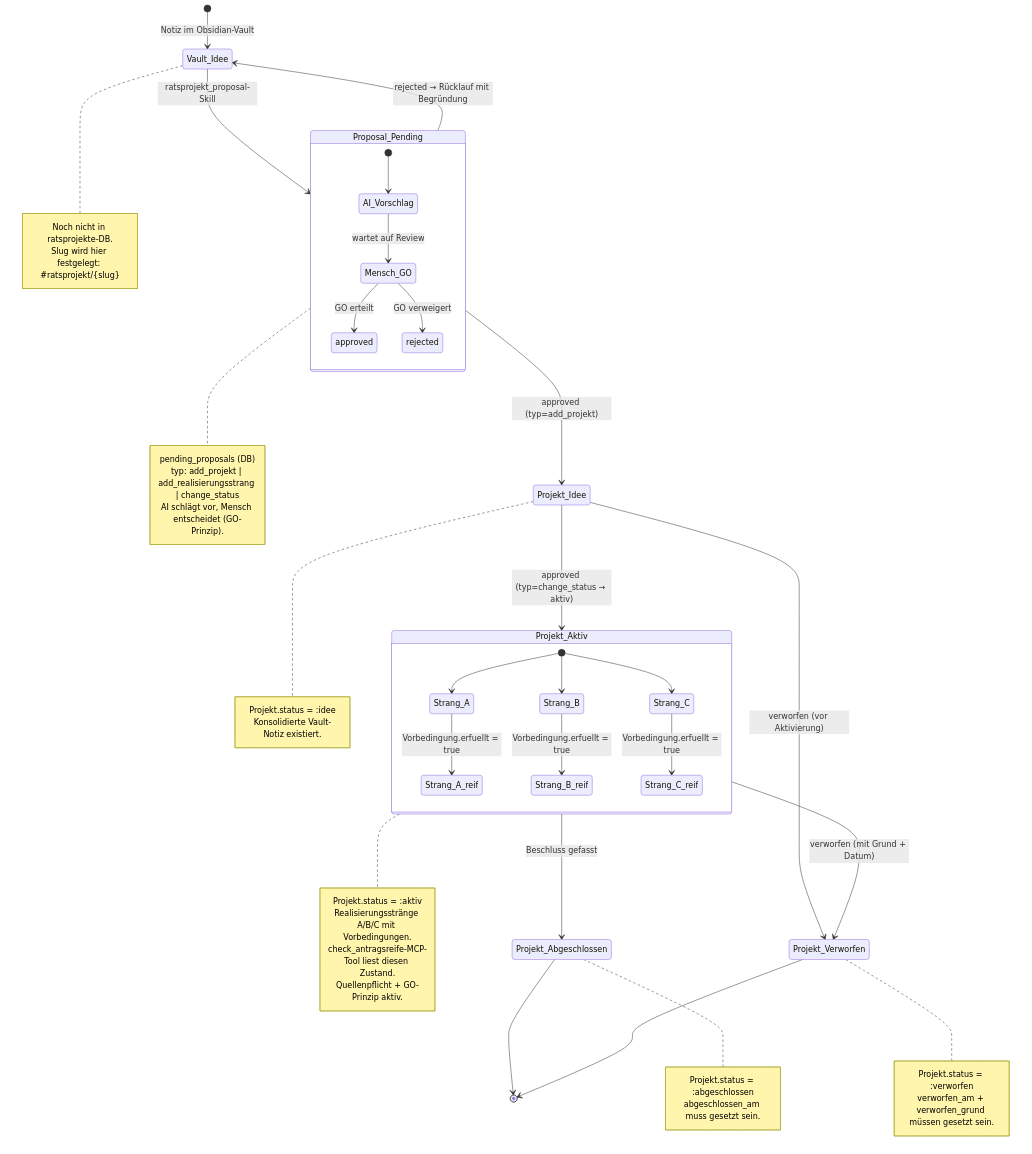
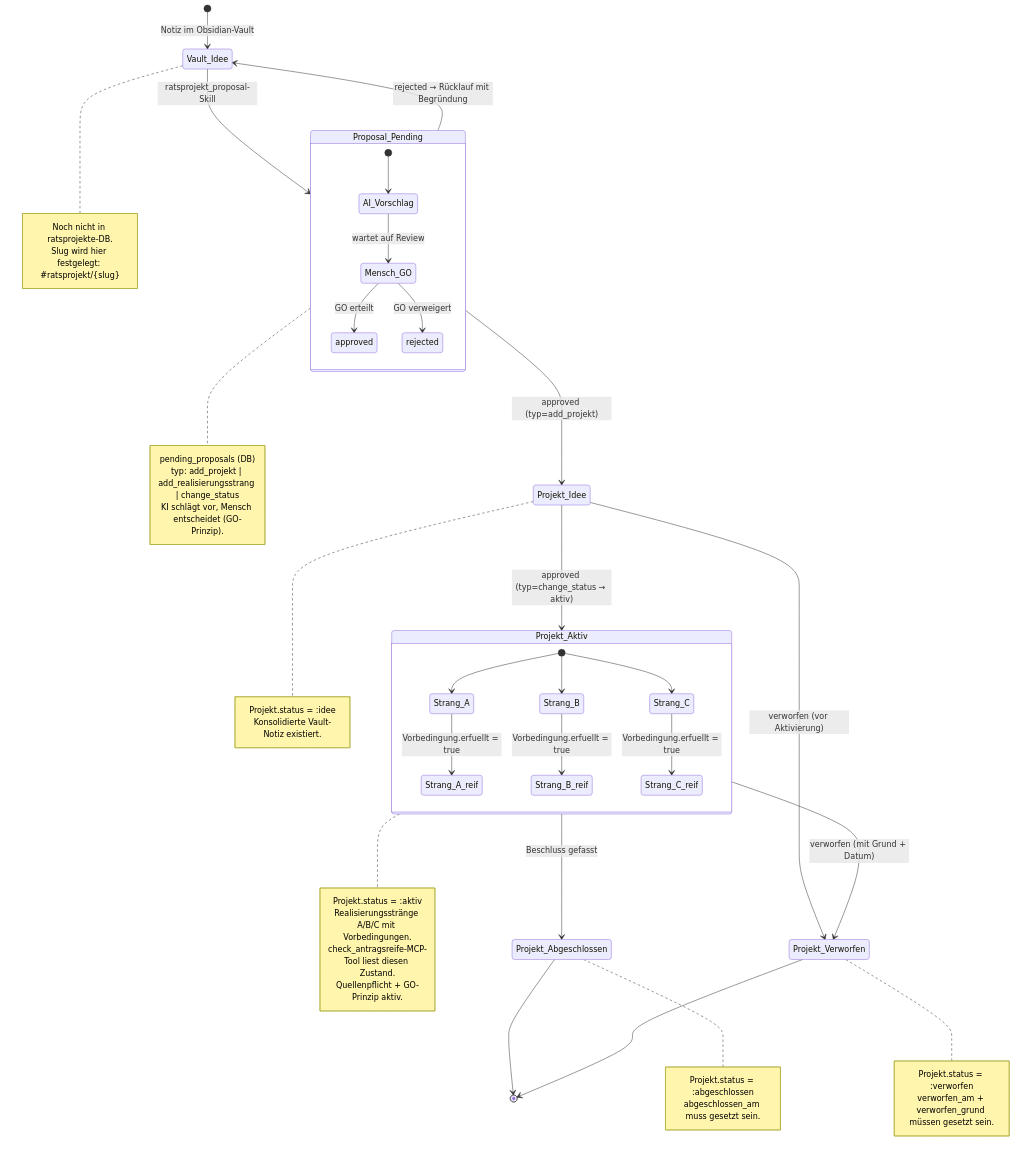
Before and after one commit to croesnick/kommunalpolitik_ki: the diagram in docs/ratsprojekte-lifecycle.md, drawn with Mermaid. The commit also changed other lines of this file and 38 other files, not shown here.

````diff
--- a/docs/ratsprojekte-lifecycle.md
+++ b/docs/ratsprojekte-lifecycle.md
@@ -11,61 +11,61 @@
 ```mermaid
 stateDiagram-v2
     [*] --> Vault_Idee: Notiz im Obsidian-Vault
 
     Vault_Idee --> Proposal_Pending: ratsprojekt_proposal-Skill
     note right of Vault_Idee
         Noch nicht in ratsprojekte-DB.
         Slug wird hier festgelegt: #ratsprojekt/{slug}
     end note
 
     state Proposal_Pending {
         [*] --> AI_Vorschlag
         AI_Vorschlag --> Mensch_GO: wartet auf Review
         Mensch_GO --> approved: GO erteilt
         Mensch_GO --> rejected: GO verweigert
     }
     note right of Proposal_Pending
         pending_proposals (DB)
         typ: add_projekt | add_realisierungsstrang | change_status
-        AI schlägt vor, Mensch entscheidet (GO-Prinzip).
+        KI schlägt vor, Mensch entscheidet (GO-Prinzip).
     end note
 
     Proposal_Pending --> Vault_Idee: rejected → Rücklauf mit Begründung
     Proposal_Pending --> Projekt_Idee: approved (typ=add_projekt)
 
     Projekt_Idee --> Projekt_Aktiv: approved (typ=change_status → aktiv)
     note right of Projekt_Idee
         Projekt.status = :idee
         Konsolidierte Vault-Notiz existiert.
     end note
 
     state Projekt_Aktiv {
         [*] --> Strang_A
         [*] --> Strang_B
         [*] --> Strang_C
         Strang_A --> Strang_A_reif: Vorbedingung.erfuellt = true
         Strang_B --> Strang_B_reif: Vorbedingung.erfuellt = true
         Strang_C --> Strang_C_reif: Vorbedingung.erfuellt = true
     }
     note right of Projekt_Aktiv
         Projekt.status = :aktiv
         Realisierungsstränge A/B/C mit Vorbedingungen.
         check_antragsreife-MCP-Tool liest diesen Zustand.
         Quellenpflicht + GO-Prinzip aktiv.
     end note
 
     Projekt_Aktiv --> Projekt_Abgeschlossen: Beschluss gefasst
     Projekt_Aktiv --> Projekt_Verworfen: verworfen (mit Grund + Datum)
     Projekt_Idee --> Projekt_Verworfen: verworfen (vor Aktivierung)
 
     Projekt_Abgeschlossen --> [*]
     Projekt_Verworfen --> [*]
     note right of Projekt_Abgeschlossen
         Projekt.status = :abgeschlossen
         abgeschlossen_am muss gesetzt sein.
     end note
     note right of Projekt_Verworfen
         Projekt.status = :verworfen
         verworfen_am + verworfen_grund müssen gesetzt sein.
     end note
 ```
````
